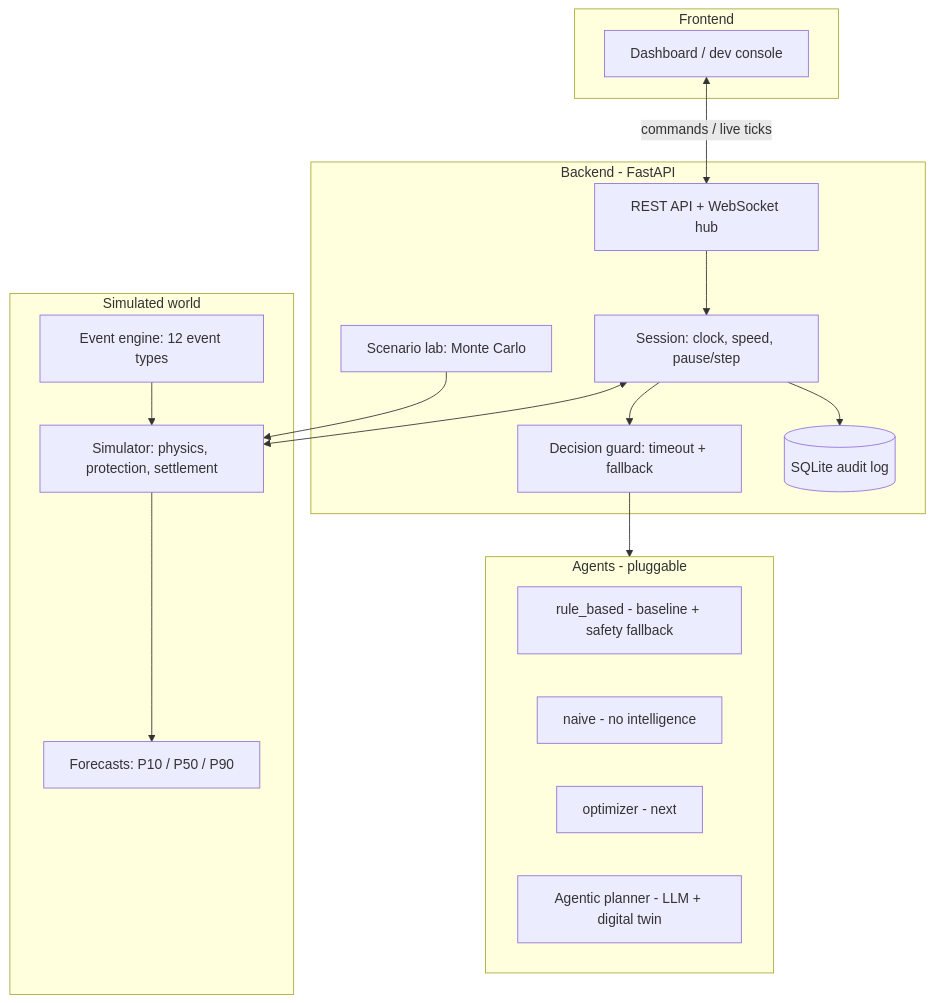
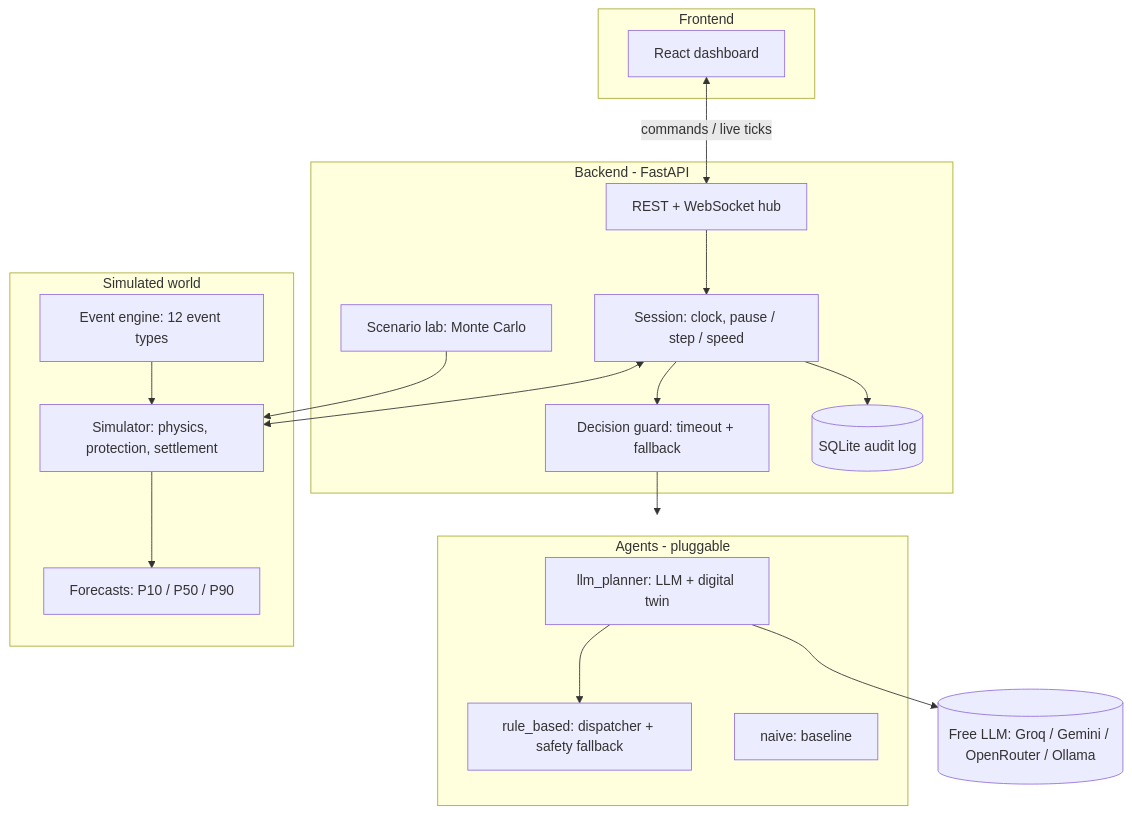
The diagram in README.md (Harshgupta88156/renewable-energy-orchestrator), drawn with Mermaid before and after one commit. The commit also changed other lines of this file, not shown here.

````diff
--- a/README.md
+++ b/README.md
@@ -53,30 +84,32 @@
 ```mermaid
 flowchart TB
   subgraph FE[Frontend]
-    D[Dashboard / dev console]
+    D[React dashboard]
   end
   subgraph BE[Backend - FastAPI]
-    API[REST API + WebSocket hub]
-    S[Session: clock, speed, pause/step]
+    API[REST + WebSocket hub]
+    S[Session: clock, pause / step / speed]
     G[Decision guard: timeout + fallback]
     LAB[Scenario lab: Monte Carlo]
     DB[(SQLite audit log)]
   end
   subgraph AG[Agents - pluggable]
-    RB[rule_based - baseline + safety fallback]
-    NV[naive - no intelligence]
-    OPT[optimizer - next]
-    LLM[Agentic planner - LLM + digital twin]
+    PL[llm_planner: LLM + digital twin]
+    RB[rule_based: dispatcher + safety fallback]
+    NV[naive: baseline]
   end
   subgraph W[Simulated world]
     SIM[Simulator: physics, protection, settlement]
     EV[Event engine: 12 event types]
     FC[Forecasts: P10 / P50 / P90]
   end
+  LLM[(Free LLM: Groq / Gemini / OpenRouter / Ollama)]
   D <-->|commands / live ticks| API
   API --> S --> G --> AG
+  PL --> LLM
+  PL --> RB
   S <--> SIM
   EV --> SIM --> FC
   S --> DB
   LAB --> SIM
 ```
````
